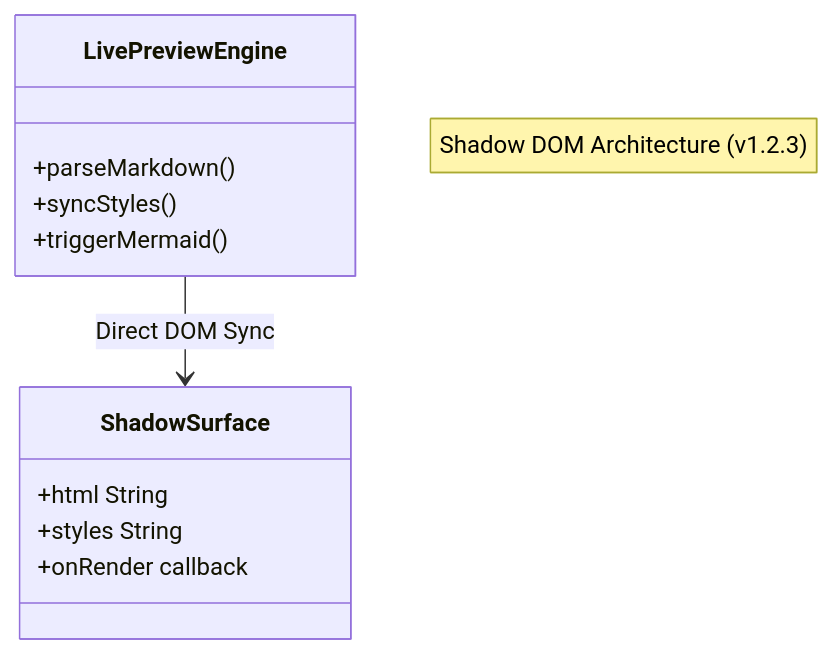
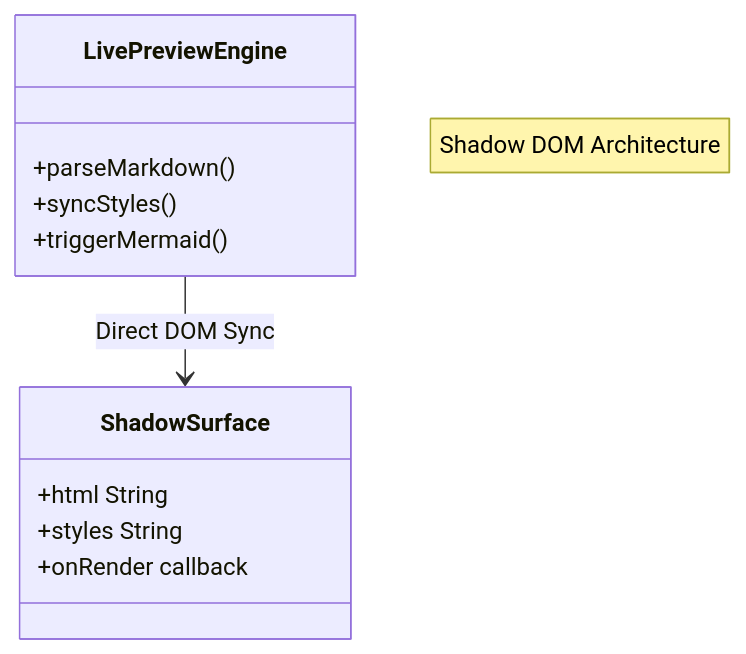
Before and after one commit to Saboor-Hamedi/dev-snippet: the third of 4 diagrams in notes/doc.md, drawn with Mermaid. The commit also changed other lines of this file and 75 other files, not shown here.

````diff
--- a/notes/doc.md
+++ b/notes/doc.md
@@ -144,17 +138,17 @@
 ```mermaid
 classDiagram
-    note "Shadow DOM Architecture (v1.2.3)"
+    note "Shadow DOM Architecture"
     class ShadowSurface {
         +html String
         +styles String
         +onRender callback
     }
     
     class LivePreviewEngine {
         +parseMarkdown()
         +syncStyles()
         +triggerMermaid()
     }
 
     LivePreviewEngine --> ShadowSurface : Direct DOM Sync
 ```
````
